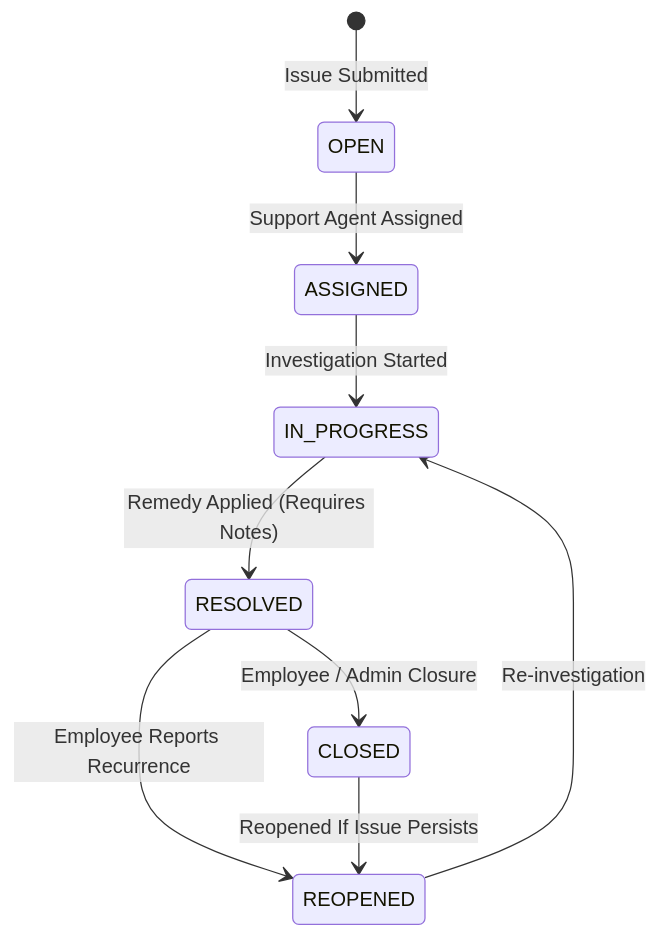
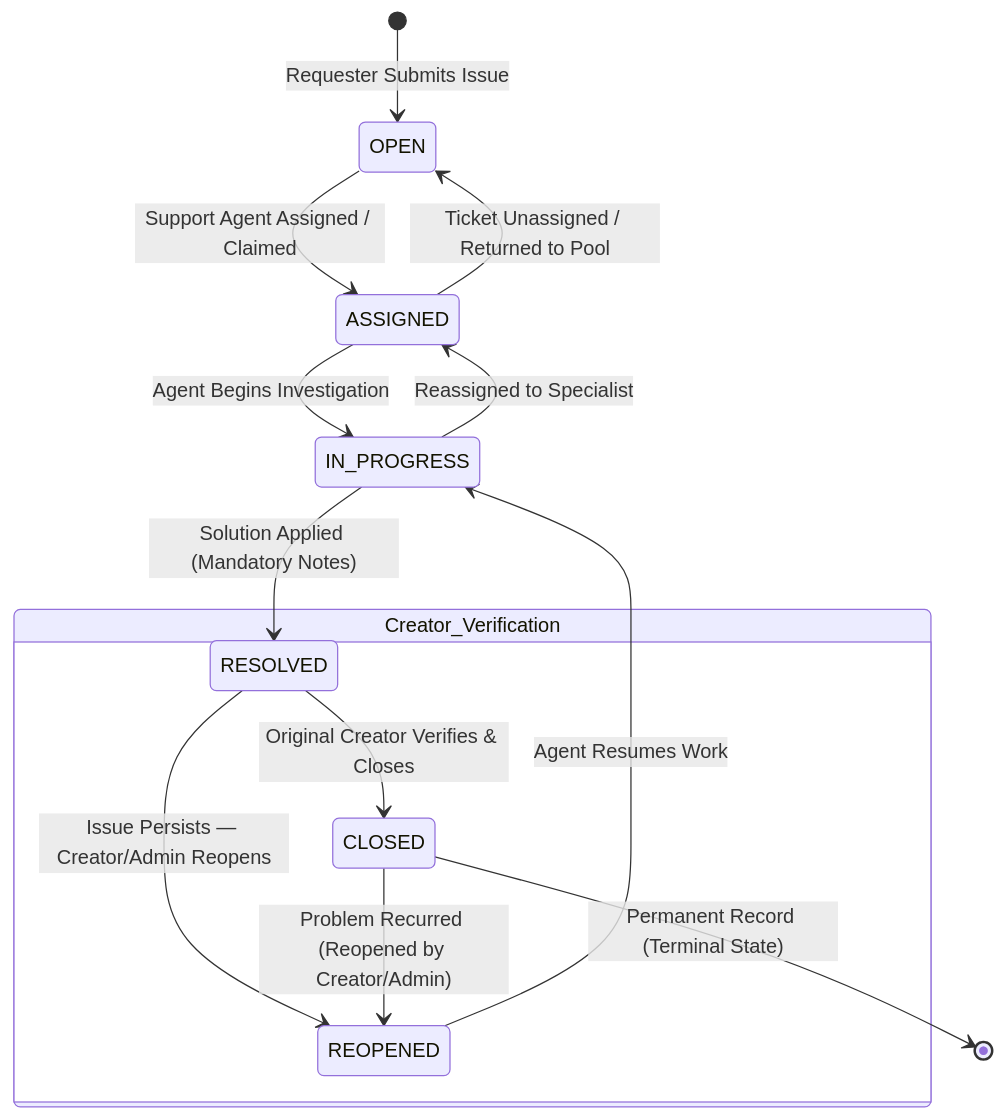
Before and after one commit to Haritra-rm/TrackIT-IT-Service-Management: the second of 2 diagrams in README.md, drawn with Mermaid. The commit also changed other lines of this file and 5 other files, not shown here.

````diff
--- a/README.md
+++ b/README.md
@@ -142,11 +161,18 @@
 ```mermaid
 stateDiagram-v2
-    [*] --> OPEN : Issue Submitted
-    OPEN --> ASSIGNED : Support Agent Assigned
-    ASSIGNED --> IN_PROGRESS : Investigation Started
-    IN_PROGRESS --> RESOLVED : Remedy Applied (Requires Notes)
-    RESOLVED --> CLOSED : Employee / Admin Closure
-    RESOLVED --> REOPENED : Employee Reports Recurrence
-    CLOSED --> REOPENED : Reopened If Issue Persists
-    REOPENED --> IN_PROGRESS : Re-investigation
+    [*] --> OPEN : Requester Submits Issue
+    OPEN --> ASSIGNED : Support Agent Assigned / Claimed
+    ASSIGNED --> IN_PROGRESS : Agent Begins Investigation
+    ASSIGNED --> OPEN : Ticket Unassigned / Returned to Pool
+    IN_PROGRESS --> RESOLVED : Solution Applied (Mandatory Notes)
+    IN_PROGRESS --> ASSIGNED : Reassigned to Specialist
+    
+    state Creator_Verification {
+        RESOLVED --> CLOSED : Original Creator Verifies & Closes
+        RESOLVED --> REOPENED : Issue Persists — Creator/Admin Reopens
+    }
+    
+    CLOSED --> REOPENED : Problem Recurred (Reopened by Creator/Admin)
+    REOPENED --> IN_PROGRESS : Agent Resumes Work
+    CLOSED --> [*] : Permanent Record (Terminal State)
 ```
````
